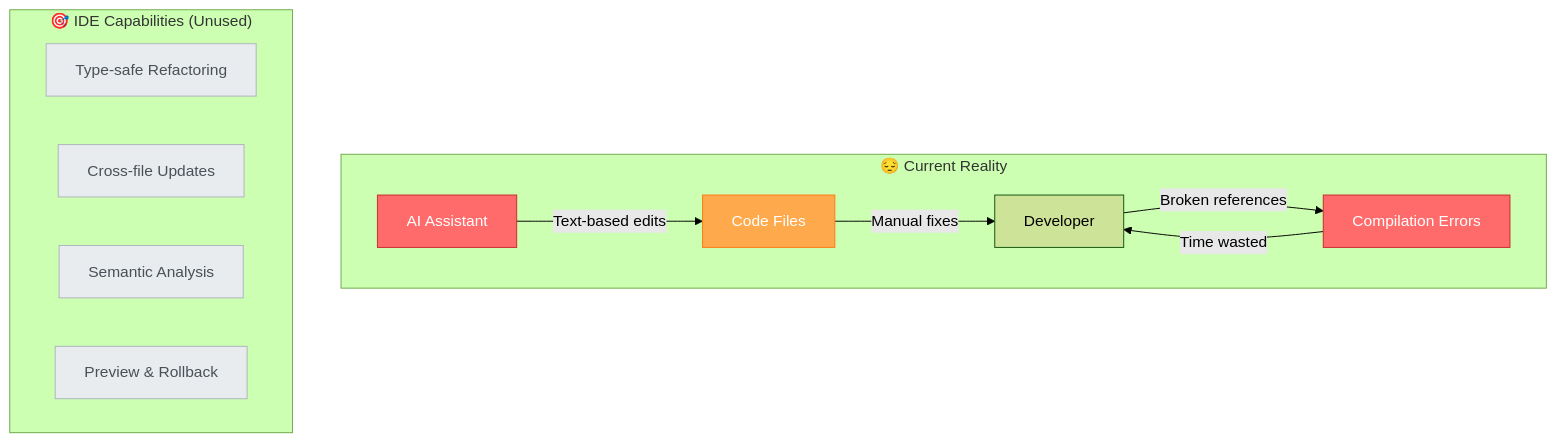
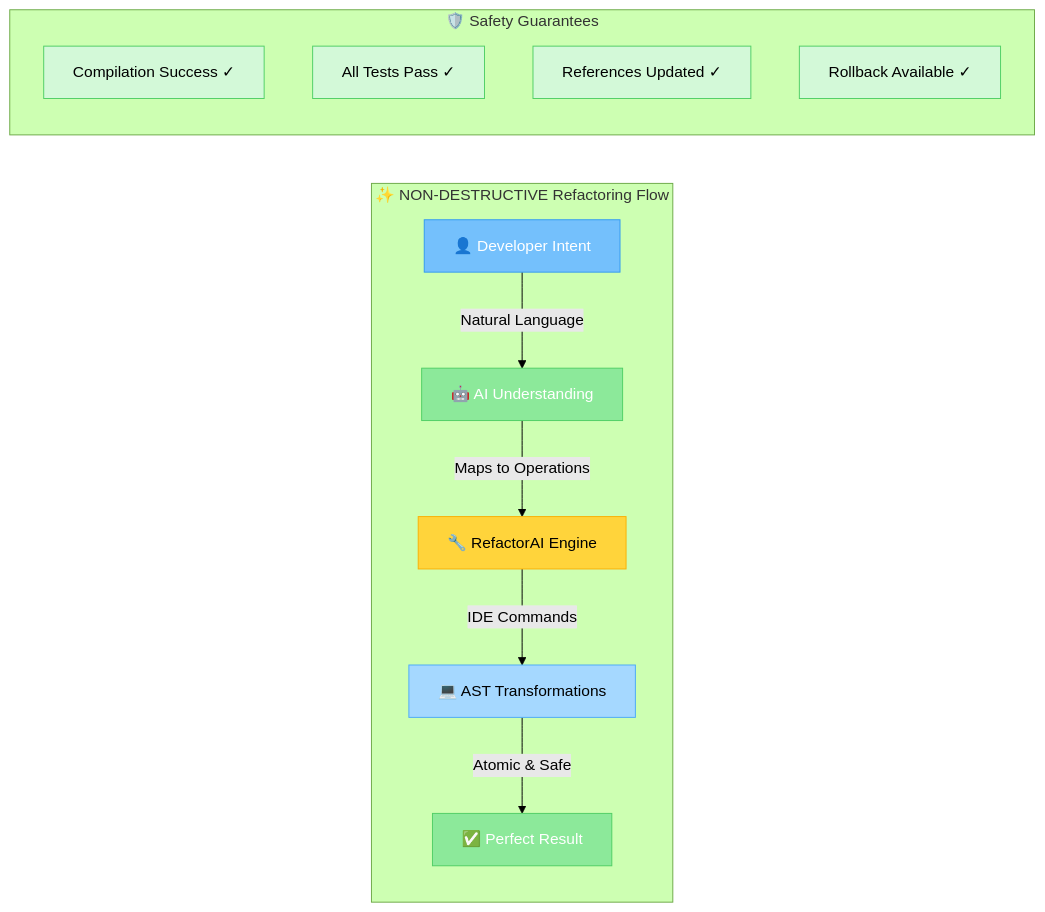
The first of 11 diagrams in README.md (Hack23/RefactorAIOperationsIDE), drawn with Mermaid (forest theme) before and after one commit. The commit also changed other lines of this file, not shown here.

````diff
--- a/README.md
+++ b/README.md
@@ -23,25 +37,27 @@
 ```mermaid
-graph TB
-    subgraph "😔 Current Reality"
-        A[AI Assistant] -->|"Text-based edits"| B[Code Files]
-        B -->|"Manual fixes"| C[Developer]
-        C -->|"Broken references"| D[Compilation Errors]
-        D -->|"Time wasted"| C
+graph LR
+    subgraph "✨ NON-DESTRUCTIVE Refactoring Flow"
+        A[👤 Developer Intent] -->|"Natural Language"| B[🤖 AI Understanding]
+        B -->|"Maps to Operations"| C[🔧 RefactorAI Engine]
+        C -->|"IDE Commands"| D[💻 AST Transformations]
+        D -->|"Atomic & Safe"| E[✅ Perfect Result]
         
-        style A fill:#ff6b6b,stroke:#c92a2a,color:#fff
-        style B fill:#ffa94d,stroke:#fd7e14,color:#fff
-        style D fill:#ff6b6b,stroke:#c92a2a,color:#fff
+        style A fill:#74c0fc,stroke:#339af0,color:#fff
+        style B fill:#8ce99a,stroke:#51cf66,color:#fff
+        style C fill:#ffd43b,stroke:#fab005,color:#000
+        style D fill:#a5d8ff,stroke:#4dabf7,color:#000
+        style E fill:#8ce99a,stroke:#51cf66,color:#fff
     end
     
-    subgraph "🎯 IDE Capabilities (Unused)"
-        E[Type-safe Refactoring]
-        F[Cross-file Updates]
-        G[Semantic Analysis]
-        H[Preview & Rollback]
+    subgraph "🛡️ Safety Guarantees"
+        G1[Compilation Success ✓]
+        G2[All Tests Pass ✓]
+        G3[References Updated ✓]
+        G4[Rollback Available ✓]
         
-        style E fill:#e9ecef,stroke:#adb5bd,color:#495057
-        style F fill:#e9ecef,stroke:#adb5bd,color:#495057
-        style G fill:#e9ecef,stroke:#adb5bd,color:#495057
-        style H fill:#e9ecef,stroke:#adb5bd,color:#495057
+        style G1 fill:#d3f9d8,stroke:#51cf66
+        style G2 fill:#d3f9d8,stroke:#51cf66
+        style G3 fill:#d3f9d8,stroke:#51cf66
+        style G4 fill:#d3f9d8,stroke:#51cf66
     end
 ```
````
